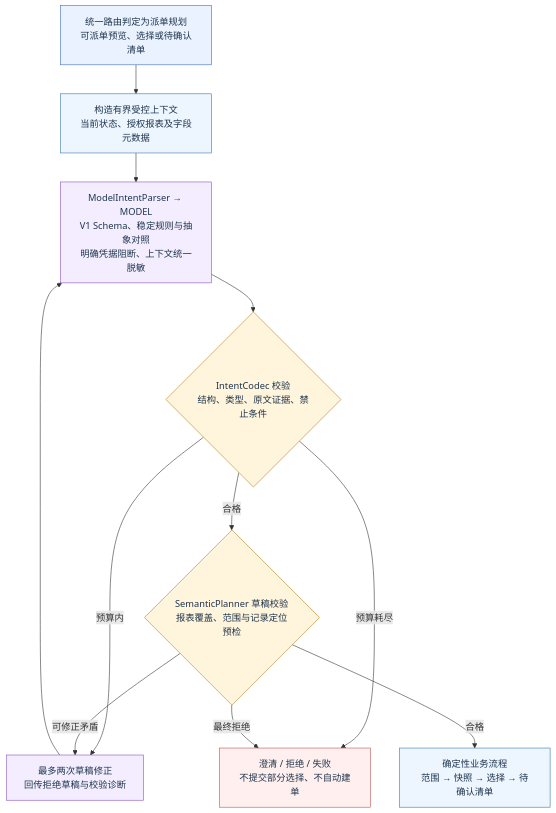
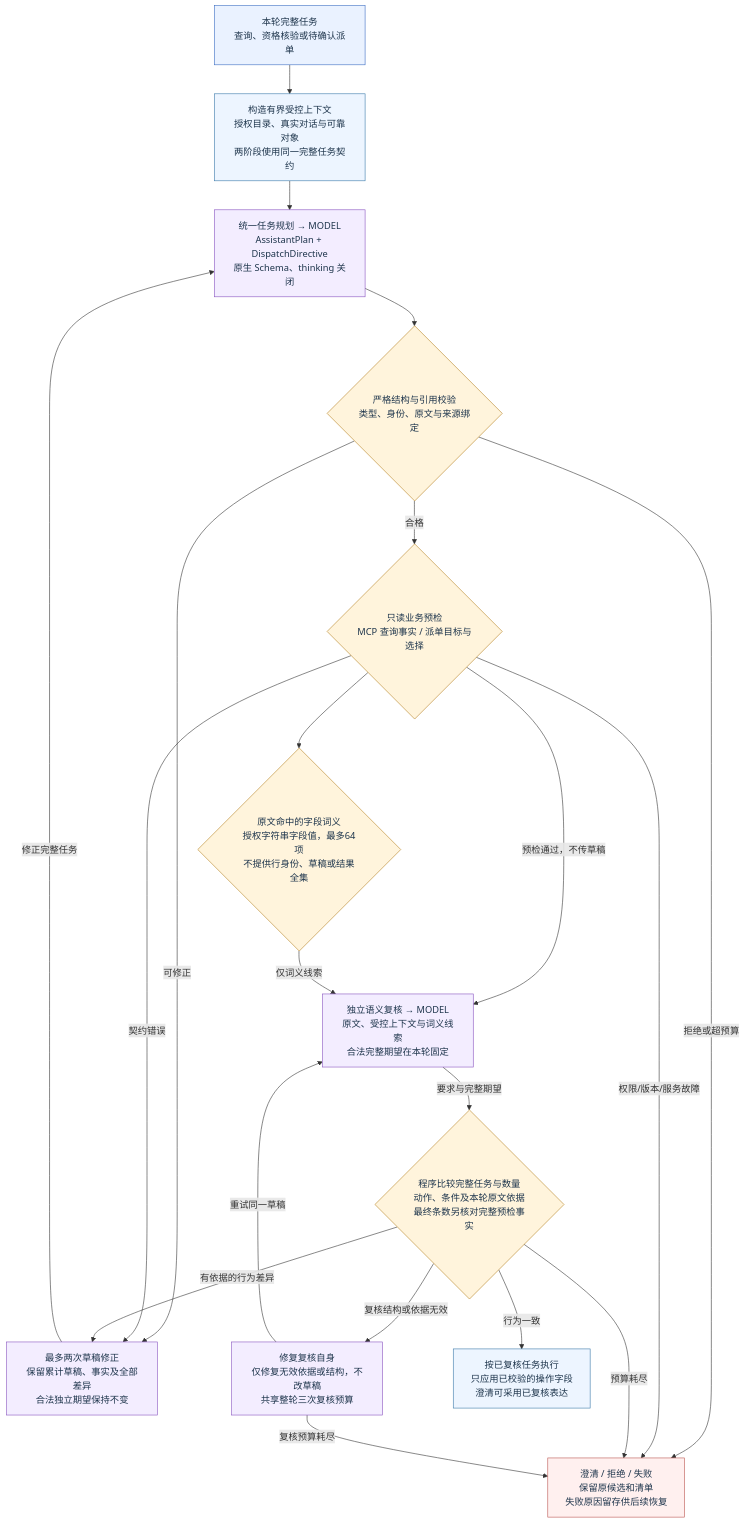
The diagram in docs/diagrams/demo-final/02.mmd (QSZJAVA/agent_demo), drawn with Mermaid before and after one commit. The commit also changed 333 other files, not shown here.

```diff
--- a/docs/diagrams/demo-final/02.mmd
+++ b/docs/diagrams/demo-final/02.mmd
@@ -1,26 +1,39 @@
 flowchart TD
-  in["统一路由判定为派单规划<br/>可派单预览、选择或待确认清单"]:::ui
-  context["构造有界受控上下文<br/>当前状态、授权报表及字段元数据"]:::agent
-  model["ModelIntentParser → MODEL<br/>V1 Schema、稳定规则与抽象对照<br/>明确凭据阻断、上下文统一脱敏"]:::model
-  codec{"IntentCodec 校验<br/>结构、类型、原文证据、禁止条件"}:::guard
-  retry["最多两次草稿修正<br/>回传拒绝草稿与校验诊断"]:::model
-  draft{"SemanticPlanner 草稿校验<br/>报表覆盖、范围与记录定位预检"}:::guard
-  fail["澄清 / 拒绝 / 失败<br/>不提交部分选择、不自动建单"]:::error
-  apply["确定性业务流程<br/>范围 → 快照 → 选择 → 待确认清单"]:::agent
+  in["本轮完整任务<br/>查询、资格核验或待确认派单"]:::ui
+  context["构造有界受控上下文<br/>授权目录、真实对话与可靠对象<br/>两阶段使用同一完整任务契约"]:::agent
+  model["统一任务规划 → MODEL<br/>AssistantPlan + DispatchDirective<br/>原生 Schema、thinking 关闭"]:::model
+  codec{"严格结构与引用校验<br/>类型、身份、原文与来源绑定"}:::guard
+  retry["最多两次草稿修正<br/>保留累计草稿、事实及全部差异<br/>合法独立期望保持不变"]:::model
+  draft{"只读业务预检<br/>MCP 查询事实 / 派单目标与选择"}:::guard
+  terms{"原文命中的字段词义<br/>授权字符串字段值，最多64项<br/>不提供行身份、草稿或结果全集"}:::guard
+  review["独立语义复核 → MODEL<br/>原文、受控上下文与词义线索<br/>合法完整期望在本轮固定"]:::model
+  compare{"程序比较完整任务与数量<br/>动作、条件及本轮原文依据<br/>最终条数另核对完整预检事实"}:::guard
+  reviewfix["修复复核自身<br/>仅修复无效依据或结构，不改草稿<br/>共享整轮三次复核预算"]:::model
+  fail["澄清 / 拒绝 / 失败<br/>保留原候选和清单<br/>失败原因留存供后续恢复"]:::error
+  apply["按已复核任务执行<br/>只应用已校验的操作字段<br/>澄清可采用已复核表达"]:::agent
   in --> context
   context --> model
   model --> codec
-  codec -->|"预算内"| retry
-  retry --> model
   codec -->|"合格"| draft
-  draft -->|"可修正矛盾"| retry
-  codec -->|"预算耗尽"| fail
-  draft -->|"最终拒绝"| fail
-  draft -->|"合格"| apply
+  codec -->|"可修正"| retry
+  codec -->|"拒绝或超预算"| fail
+  draft -->|"预检通过，不传草稿"| review
+  draft --> terms
+  terms -->|"仅词义线索"| review
+  draft -->|"契约错误"| retry
+  draft -->|"权限/版本/服务故障"| fail
+  review -->|"要求与完整期望"| compare
+  compare -->|"行为一致"| apply
+  compare -->|"有依据的行为差异"| retry
+  compare -->|"预算耗尽"| fail
+  compare -->|"复核结构或依据无效"| reviewfix
+  reviewfix -->|"重试同一草稿"| review
+  reviewfix -->|"复核预算耗尽"| fail
+  retry -->|"修正完整任务"| model
   classDef ui fill:#eaf2ff,stroke:#386bc1,color:#1e354c
   classDef agent fill:#edf5ff,stroke:#3778a8,color:#1e354c
   classDef model fill:#f3edff,stroke:#8751bf,color:#1e354c
   classDef business fill:#e8f7ef,stroke:#268255,color:#1e354c
   classDef guard fill:#fff4dc,stroke:#b58022,color:#1e354c
   classDef error fill:#fff0ef,stroke:#ba534e,color:#1e354c
   classDef store fill:#edf1f5,stroke:#60768b,color:#1e354c
```
